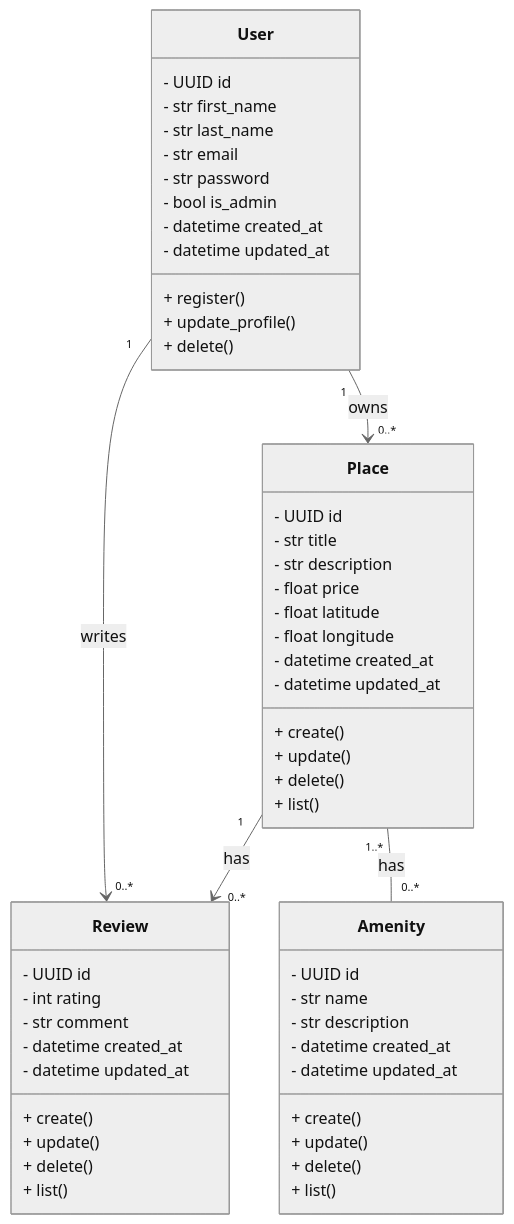
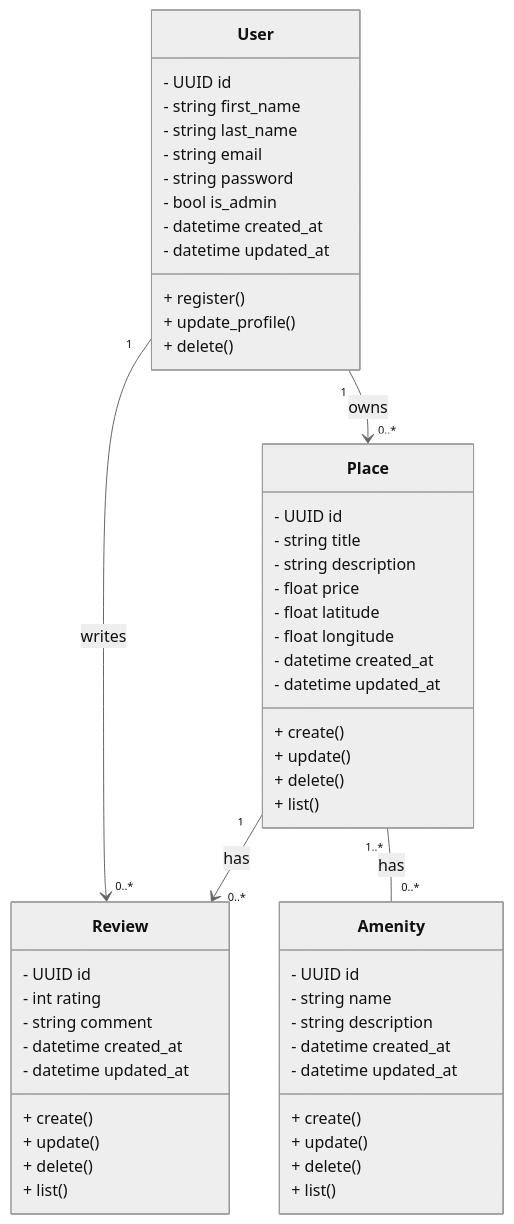
The diagram in part1/diagrams/01_business_logic_class.mmd (OWNALGARNI/holbertonschool-hbnb), drawn with Mermaid (neutral theme) before and after one commit. The commit also changed 7 other files, not shown here.

Commit message:
Reset part1 UML diagrams with merged sequence diagram

```diff
--- a/part1/diagrams/01_business_logic_class.mmd
+++ b/part1/diagrams/01_business_logic_class.mmd
@@ -1,58 +1,58 @@
 classDiagram
   class User {
     - UUID id
-    - str first_name
-    - str last_name
-    - str email
-    - str password
+    - string first_name
+    - string last_name
+    - string email
+    - string password
     - bool is_admin
     - datetime created_at
     - datetime updated_at
     + register()
     + update_profile()
     + delete()
   }
 
   class Place {
     - UUID id
-    - str title
-    - str description
+    - string title
+    - string description
     - float price
     - float latitude
     - float longitude
     - datetime created_at
     - datetime updated_at
     + create()
     + update()
     + delete()
     + list()
   }
 
   class Review {
     - UUID id
     - int rating
-    - str comment
+    - string comment
     - datetime created_at
     - datetime updated_at
     + create()
     + update()
     + delete()
     + list()
   }
 
   class Amenity {
     - UUID id
-    - str name
-    - str description
+    - string name
+    - string description
     - datetime created_at
     - datetime updated_at
     + create()
     + update()
     + delete()
     + list()
   }
 
   User "1" --> "0..*" Place : owns
   User "1" --> "0..*" Review : writes
   Place "1" --> "0..*" Review : has
   Place "1..*" -- "0..*" Amenity : has
```
